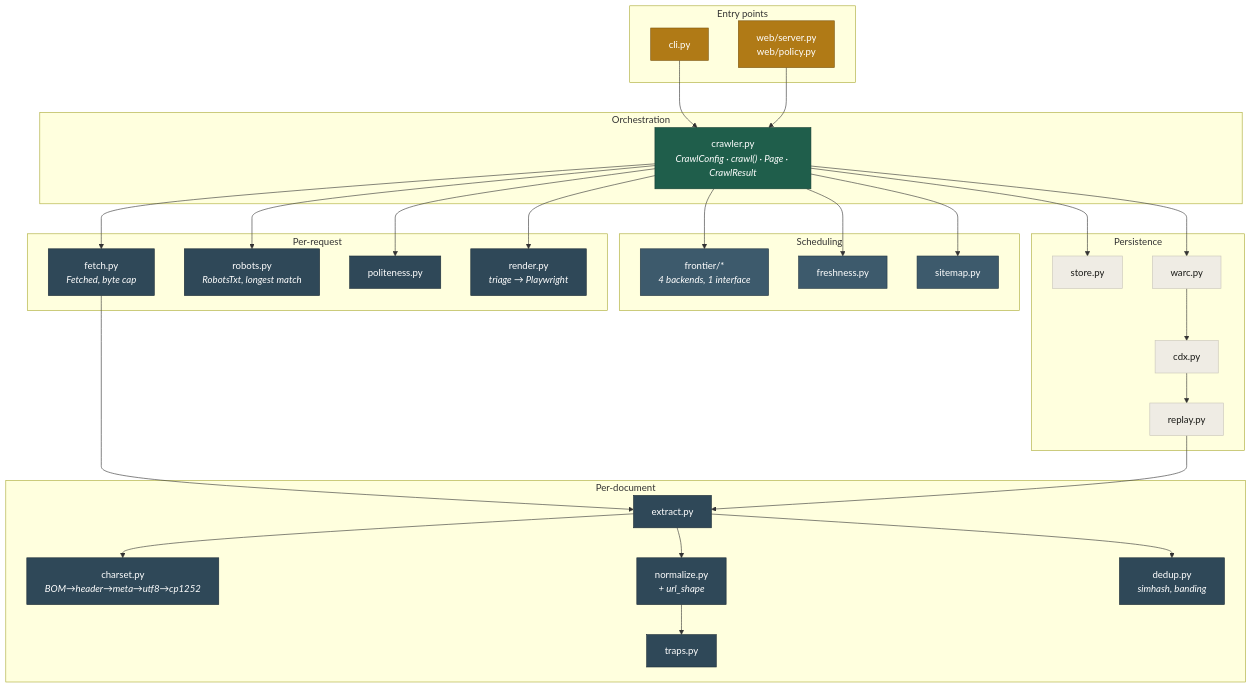
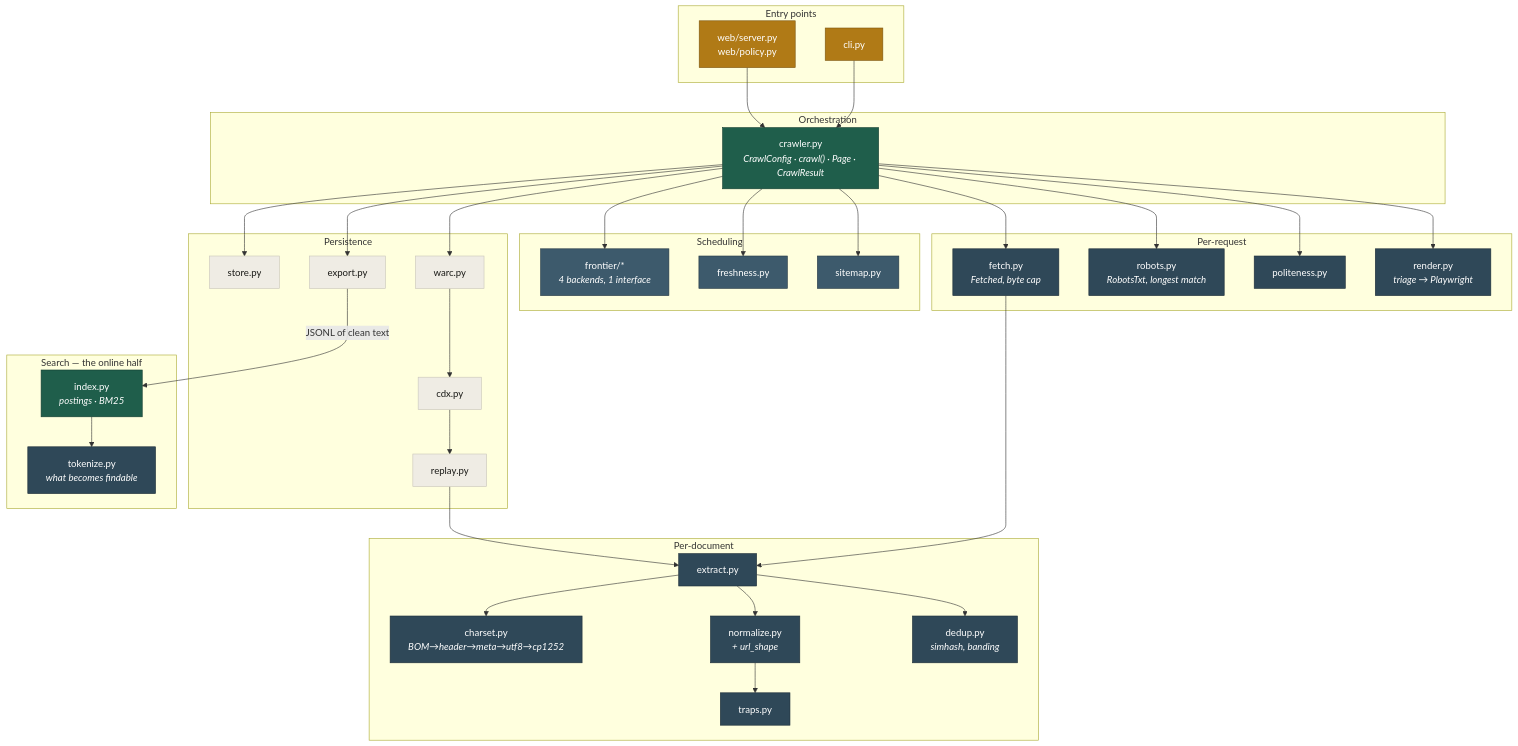
The sixth of 10 diagrams in docs/design.md (dipan010/minicrawl), drawn with Mermaid before and after one commit. The commit also changed 10 other files, not shown here.

First line of the commit message:
Stage 17: the inverted index, and why search is fast

````diff
--- a/docs/design.md
+++ b/docs/design.md
@@ -246,51 +246,58 @@
 ```mermaid
 flowchart TB
   subgraph L1["Entry points"]
     cli["cli.py"]:::e
     web["web/server.py<br/>web/policy.py"]:::e
   end
   subgraph L2["Orchestration"]
     crawler["crawler.py<br/><i>CrawlConfig · crawl() · Page · CrawlResult</i>"]:::o
   end
   subgraph L3["Per-request"]
     fetch["fetch.py<br/><i>Fetched, byte cap</i>"]:::m
     robots["robots.py<br/><i>RobotsTxt, longest match</i>"]:::m
     polite["politeness.py"]:::m
     render["render.py<br/><i>triage → Playwright</i>"]:::m
   end
   subgraph L4["Per-document"]
     charset["charset.py<br/><i>BOM→header→meta→utf8→cp1252</i>"]:::m
     extract["extract.py"]:::m
     normalize["normalize.py<br/><i>+ url_shape</i>"]:::m
     dedup["dedup.py<br/><i>simhash, banding</i>"]:::m
     traps["traps.py"]:::m
   end
   subgraph L5["Scheduling"]
     frontier["frontier/*<br/><i>4 backends, 1 interface</i>"]:::s
     fresh["freshness.py"]:::s
     sitemap["sitemap.py"]:::s
   end
   subgraph L6["Persistence"]
     store["store.py"]:::p
     warc["warc.py"]:::p
     cdx["cdx.py"]:::p
     replay["replay.py"]:::p
+    export["export.py"]:::p
+  end
+  subgraph L7["Search — the online half"]
+    tokenize["tokenize.py<br/><i>what becomes findable</i>"]:::m
+    index["index.py<br/><i>postings · BM25</i>"]:::o
   end
 
   cli & web --> crawler
   crawler --> fetch & robots & polite & render
   crawler --> frontier & fresh & sitemap
   fetch --> extract
   extract --> charset
   extract --> normalize --> traps
   extract --> dedup
-  crawler --> store & warc
+  crawler --> store & warc & export
   warc --> cdx --> replay
   replay --> extract
+  export -->|"JSONL of clean text"| index
+  index --> tokenize
 
   classDef e fill:#b07a16,stroke:#7d5610,color:#fff
   classDef o fill:#1f5e4b,stroke:#123c30,color:#fff
   classDef m fill:#2f4858,stroke:#1d2d38,color:#fff
   classDef s fill:#3d5a6c,stroke:#263945,color:#fff
   classDef p fill:#efece4,stroke:#c9c5ba,color:#1a1a17
 ```
````
